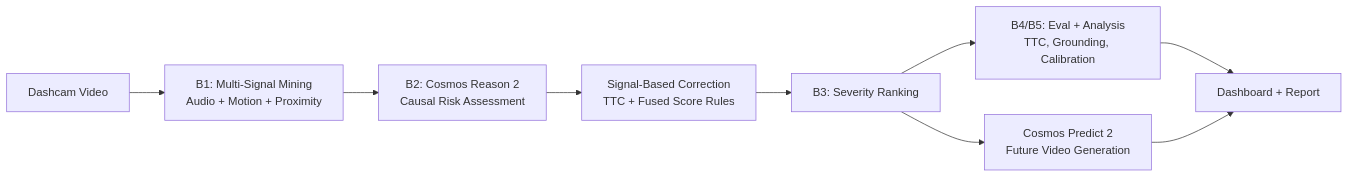
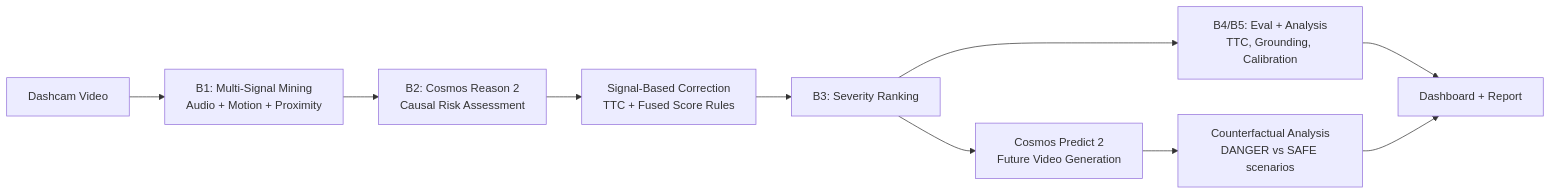
One commit to maruyamakoju/autorisk-rm changed the diagram in README.md. Above: the diagram before and after it, drawn with Mermaid. The commit also changed other lines of this file, not shown here.

Commit message:
docs: add counterfactual section to README + update test count

````diff
--- a/README.md
+++ b/README.md
@@ -38,11 +39,12 @@
 ```mermaid
 graph LR
     A[Dashcam Video] --> B1["B1: Multi-Signal Mining<br/>Audio + Motion + Proximity"]
     B1 --> B2["B2: Cosmos Reason 2<br/>Causal Risk Assessment"]
     B2 --> C["Signal-Based Correction<br/>TTC + Fused Score Rules"]
     C --> B3["B3: Severity Ranking"]
     B3 --> B4["B4/B5: Eval + Analysis<br/>TTC, Grounding, Calibration"]
     B3 --> P2["Cosmos Predict 2<br/>Future Video Generation"]
+    P2 --> CF["Counterfactual Analysis<br/>DANGER vs SAFE scenarios"]
     B4 --> D["Dashboard + Report"]
-    P2 --> D
+    CF --> D
 ```
````
